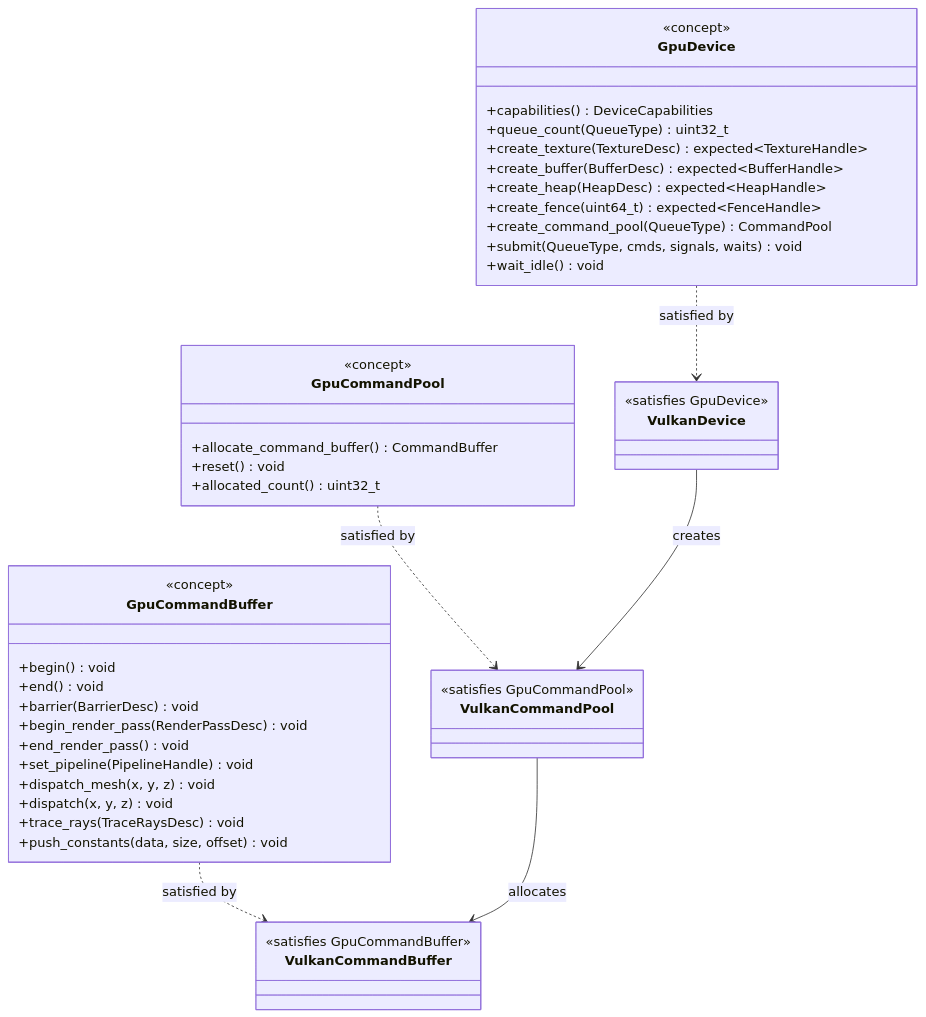
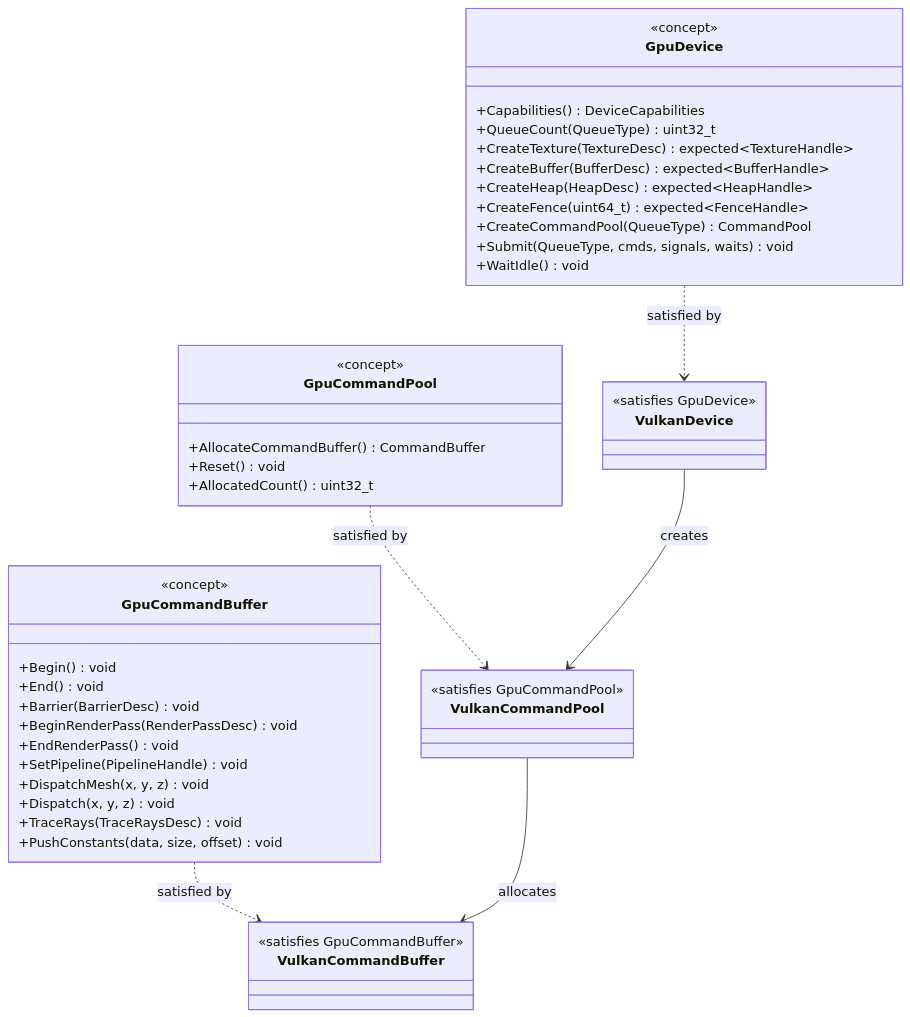
Before and after one commit to harmonius-dev/harmonius: the first of 34 diagrams in docs/design/gpu-backend-vulkan-classes.md, drawn with Mermaid. The commit also changed other lines of this file and 67 other files, not shown here.

````diff
--- a/docs/design/gpu-backend-vulkan-classes.md
+++ b/docs/design/gpu-backend-vulkan-classes.md
@@ -59,49 +59,49 @@
 ```mermaid
 classDiagram
     class GpuDevice {
         <<concept>>
-        +capabilities() DeviceCapabilities
-        +queue_count(QueueType) uint32_t
-        +create_texture(TextureDesc) expected~TextureHandle~
-        +create_buffer(BufferDesc) expected~BufferHandle~
-        +create_heap(HeapDesc) expected~HeapHandle~
-        +create_fence(uint64_t) expected~FenceHandle~
-        +create_command_pool(QueueType) CommandPool
-        +submit(QueueType, cmds, signals, waits) void
-        +wait_idle() void
+        +Capabilities() DeviceCapabilities
+        +QueueCount(QueueType) uint32_t
+        +CreateTexture(TextureDesc) expected~TextureHandle~
+        +CreateBuffer(BufferDesc) expected~BufferHandle~
+        +CreateHeap(HeapDesc) expected~HeapHandle~
+        +CreateFence(uint64_t) expected~FenceHandle~
+        +CreateCommandPool(QueueType) CommandPool
+        +Submit(QueueType, cmds, signals, waits) void
+        +WaitIdle() void
     }
     class GpuCommandBuffer {
         <<concept>>
-        +begin() void
-        +end() void
-        +barrier(BarrierDesc) void
-        +begin_render_pass(RenderPassDesc) void
-        +end_render_pass() void
-        +set_pipeline(PipelineHandle) void
-        +dispatch_mesh(x, y, z) void
-        +dispatch(x, y, z) void
-        +trace_rays(TraceRaysDesc) void
-        +push_constants(data, size, offset) void
+        +Begin() void
+        +End() void
+        +Barrier(BarrierDesc) void
+        +BeginRenderPass(RenderPassDesc) void
+        +EndRenderPass() void
+        +SetPipeline(PipelineHandle) void
+        +DispatchMesh(x, y, z) void
+        +Dispatch(x, y, z) void
+        +TraceRays(TraceRaysDesc) void
+        +PushConstants(data, size, offset) void
     }
     class GpuCommandPool {
         <<concept>>
-        +allocate_command_buffer() CommandBuffer
-        +reset() void
-        +allocated_count() uint32_t
+        +AllocateCommandBuffer() CommandBuffer
+        +Reset() void
+        +AllocatedCount() uint32_t
     }
     class VulkanDevice {
         <<satisfies GpuDevice>>
     }
     class VulkanCommandBuffer {
         <<satisfies GpuCommandBuffer>>
     }
     class VulkanCommandPool {
         <<satisfies GpuCommandPool>>
     }
 
     GpuDevice ..> VulkanDevice : satisfied by
     GpuCommandBuffer ..> VulkanCommandBuffer : satisfied by
     GpuCommandPool ..> VulkanCommandPool : satisfied by
     VulkanDevice --> VulkanCommandPool : creates
     VulkanCommandPool --> VulkanCommandBuffer : allocates
 ```
````
